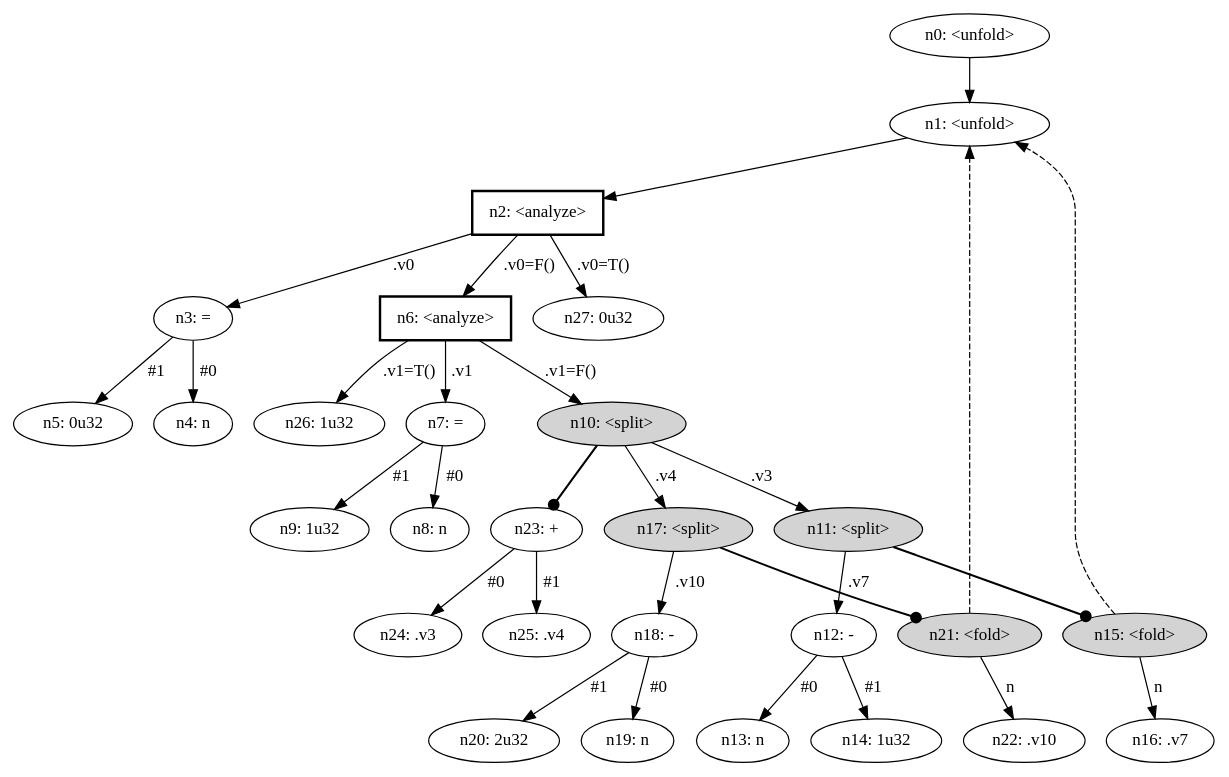
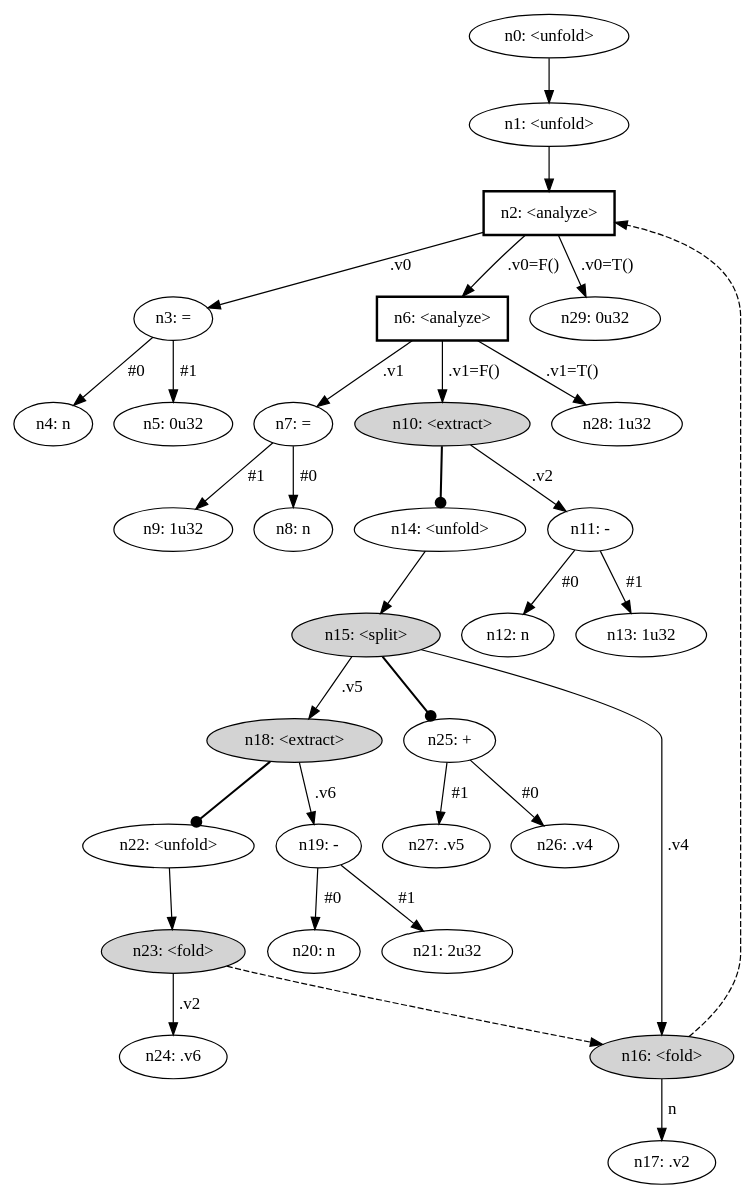
One commit to hirrolot/mazeppa changed the diagram in examples/fibonacci/target/graph.dot. Above: the diagram before and after it, drawn with Graphviz. The commit also changed 26 other files, not shown here.

```diff
--- a/examples/fibonacci/target/graph.dot
+++ b/examples/fibonacci/target/graph.dot
@@ -1,61 +1,65 @@
 digraph {
     node [fontname="bold helvetica"];
     edge [fontname="bold helvetica"];
     n0 [label="n0: <unfold>"];
     n1 [label="n1: <unfold>"];
     n0 -> n1;
     n2 [label="n2: <analyze>"] [shape=box style=bold];
     n1 -> n2;
     n3 [label="n3: ="];
     n2 -> n3 [label=" .v0 "];
     n4 [label="n4: n"];
     n3 -> n4 [label=" #0 "];
     n5 [label="n5: 0u32"];
     n3 -> n5 [label=" #1 "];
     n6 [label="n6: <analyze>"] [shape=box style=bold];
     n2 -> n6 [label=" .v0=F() "];
     n7 [label="n7: ="];
     n6 -> n7 [label=" .v1 "];
     n8 [label="n8: n"];
     n7 -> n8 [label=" #0 "];
     n9 [label="n9: 1u32"];
     n7 -> n9 [label=" #1 "];
-    n10 [label="n10: <split>"] [style=filled];
+    n10 [label="n10: <extract>"] [style=filled];
     n6 -> n10 [label=" .v1=F() "];
-    n11 [label="n11: <split>"] [style=filled];
-    n10 -> n11 [label=" .v3 "];
-    n12 [label="n12: -"];
-    n11 -> n12 [label=" .v7 "];
-    n13 [label="n13: n"];
-    n12 -> n13 [label=" #0 "];
-    n14 [label="n14: 1u32"];
-    n12 -> n14 [label=" #1 "];
-    n15 [label="n15: <fold>"] [style=filled];
-    n11 -> n15 [penwidth=1.7 arrowhead=dot];
-    n15 -> n1 [style=dashed];
-    n16 [label="n16: .v7"];
-    n15 -> n16 [label=" n "];
-    n17 [label="n17: <split>"] [style=filled];
-    n10 -> n17 [label=" .v4 "];
-    n18 [label="n18: -"];
-    n17 -> n18 [label=" .v10 "];
-    n19 [label="n19: n"];
-    n18 -> n19 [label=" #0 "];
-    n20 [label="n20: 2u32"];
-    n18 -> n20 [label=" #1 "];
-    n21 [label="n21: <fold>"] [style=filled];
-    n17 -> n21 [penwidth=1.7 arrowhead=dot];
-    n21 -> n1 [style=dashed];
-    n22 [label="n22: .v10"];
-    n21 -> n22 [label=" n "];
-    n23 [label="n23: +"];
-    n10 -> n23 [penwidth=1.7 arrowhead=dot];
-    n24 [label="n24: .v3"];
-    n23 -> n24 [label=" #0 "];
-    n25 [label="n25: .v4"];
-    n23 -> n25 [label=" #1 "];
-    n26 [label="n26: 1u32"];
-    n6 -> n26 [label=" .v1=T() "];
-    n27 [label="n27: 0u32"];
-    n2 -> n27 [label=" .v0=T() "];
+    n11 [label="n11: -"];
+    n10 -> n11 [label=" .v2 "];
+    n12 [label="n12: n"];
+    n11 -> n12 [label=" #0 "];
+    n13 [label="n13: 1u32"];
+    n11 -> n13 [label=" #1 "];
+    n14 [label="n14: <unfold>"];
+    n10 -> n14 [penwidth=1.7 arrowhead=dot];
+    n15 [label="n15: <split>"] [style=filled];
+    n14 -> n15;
+    n16 [label="n16: <fold>"] [style=filled];
+    n15 -> n16 [label=" .v4 "];
+    n16 -> n2 [style=dashed];
+    n17 [label="n17: .v2"];
+    n16 -> n17 [label=" n "];
+    n18 [label="n18: <extract>"] [style=filled];
+    n15 -> n18 [label=" .v5 "];
+    n19 [label="n19: -"];
+    n18 -> n19 [label=" .v6 "];
+    n20 [label="n20: n"];
+    n19 -> n20 [label=" #0 "];
+    n21 [label="n21: 2u32"];
+    n19 -> n21 [label=" #1 "];
+    n22 [label="n22: <unfold>"];
+    n18 -> n22 [penwidth=1.7 arrowhead=dot];
+    n23 [label="n23: <fold>"] [style=filled];
+    n22 -> n23;
+    n23 -> n16 [style=dashed];
+    n24 [label="n24: .v6"];
+    n23 -> n24 [label=" .v2 "];
+    n25 [label="n25: +"];
+    n15 -> n25 [penwidth=1.7 arrowhead=dot];
+    n26 [label="n26: .v4"];
+    n25 -> n26 [label=" #0 "];
+    n27 [label="n27: .v5"];
+    n25 -> n27 [label=" #1 "];
+    n28 [label="n28: 1u32"];
+    n6 -> n28 [label=" .v1=T() "];
+    n29 [label="n29: 0u32"];
+    n2 -> n29 [label=" .v0=T() "];
 }
```
